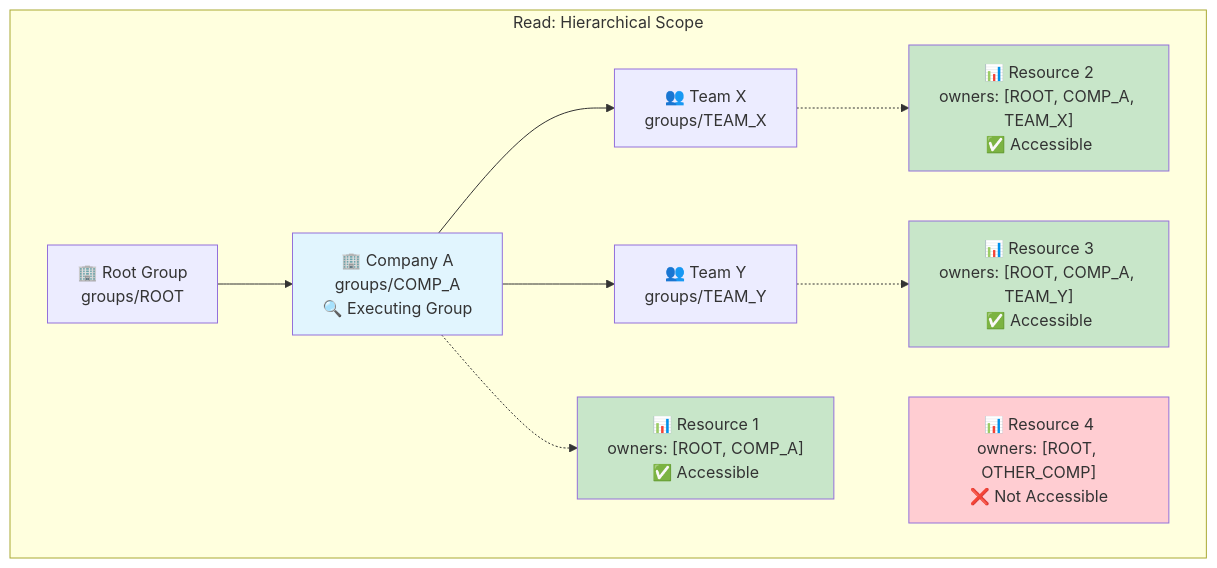
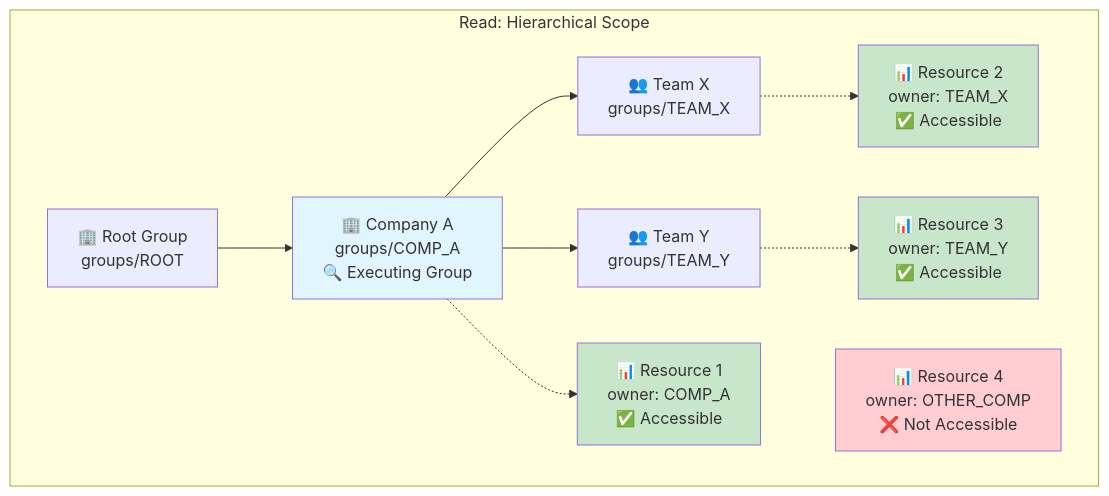
Before and after one commit to meshtrade/api: the third of 8 diagrams in docs/docs/architecture/group-ownership.mdx, drawn with Mermaid. The commit also changed other lines of this file and 23 other files, not shown here.

````diff
--- a/docs/docs/architecture/group-ownership.mdx
+++ b/docs/docs/architecture/group-ownership.mdx
@@ -141,28 +141,28 @@
 ```mermaid
 graph TD
     subgraph "Read: Hierarchical Scope"
         Root["🏢 Root Group<br/>groups/ROOT"]
         CompanyA["🏢 Company A<br/>groups/COMP_A<br/>🔍 Executing Group"]
         TeamX["👥 Team X<br/>groups/TEAM_X"]
         TeamY["👥 Team Y<br/>groups/TEAM_Y"]
         
-        Res1["📊 Resource 1<br/>owners: [ROOT, COMP_A]<br/>✅ Accessible"]
-        Res2["📊 Resource 2<br/>owners: [ROOT, COMP_A, TEAM_X]<br/>✅ Accessible"]
-        Res3["📊 Resource 3<br/>owners: [ROOT, COMP_A, TEAM_Y]<br/>✅ Accessible"]
-        Res4["📊 Resource 4<br/>owners: [ROOT, OTHER_COMP]<br/>❌ Not Accessible"]
+        Res1["📊 Resource 1<br/>owner: COMP_A<br/>✅ Accessible"]
+        Res2["📊 Resource 2<br/>owner: TEAM_X<br/>✅ Accessible"]
+        Res3["📊 Resource 3<br/>owner: TEAM_Y<br/>✅ Accessible"]
+        Res4["📊 Resource 4<br/>owner: OTHER_COMP<br/>❌ Not Accessible"]
         
         Root --> CompanyA
         CompanyA --> TeamX
         CompanyA --> TeamY
         
         CompanyA -.-> Res1
         TeamX -.-> Res2
         TeamY -.-> Res3
         
         style CompanyA fill:#e1f5fe
         style Res1 fill:#c8e6c9
         style Res2 fill:#c8e6c9
         style Res3 fill:#c8e6c9
         style Res4 fill:#ffcdd2
     end
 ```
````
